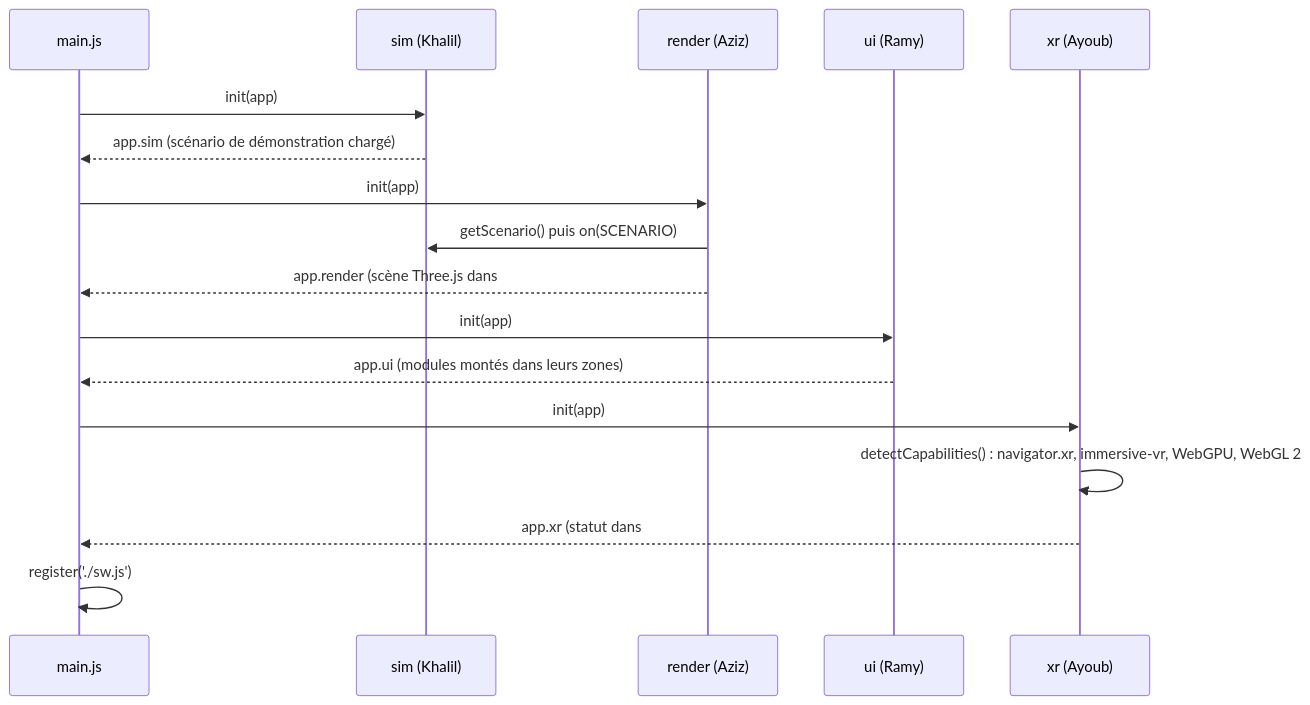
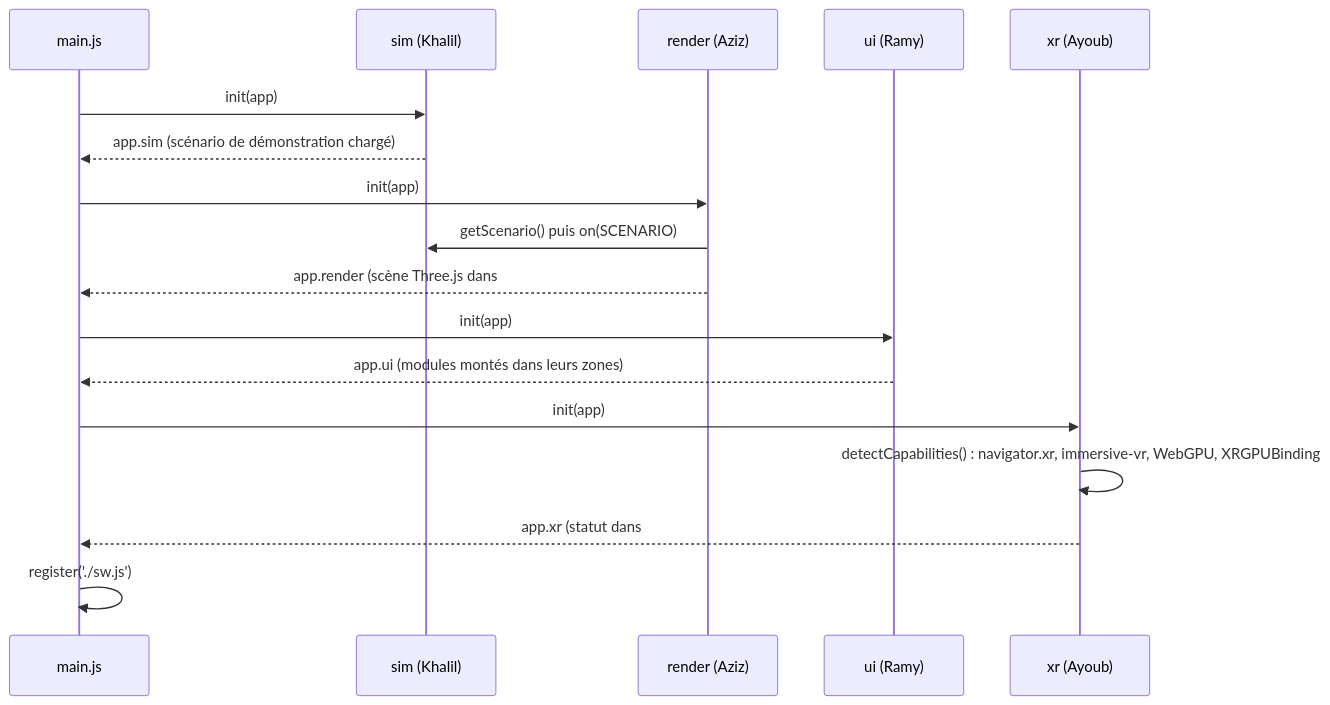
Before and after one commit to Bensabbehayoub/3D-network-topology: the second of 3 diagrams in docs/architecture.md, drawn with Mermaid. The commit also changed other lines of this file and 43 other files, not shown here.

First line of the commit message:
feat(render): Three.js r187, rendu 100 % WebGPU en mode classique et en VR (phase 2)

````diff
--- a/docs/architecture.md
+++ b/docs/architecture.md
@@ -50,19 +50,19 @@
 ```mermaid
 sequenceDiagram
     participant M as main.js
     participant S as sim (Khalil)
     participant R as render (Aziz)
     participant U as ui (Ramy)
     participant X as xr (Ayoub)
     M->>S: init(app)
     S-->>M: app.sim (scénario de démonstration chargé)
     M->>R: init(app)
     R->>S: getScenario() puis on(SCENARIO)
     R-->>M: app.render (scène Three.js dans #scene)
     M->>U: init(app)
     U-->>M: app.ui (modules montés dans leurs zones)
     M->>X: init(app)
-    X->>X: detectCapabilities() : navigator.xr, immersive-vr, WebGPU, WebGL 2
+    X->>X: detectCapabilities() : navigator.xr, immersive-vr, WebGPU, XRGPUBinding
     X-->>M: app.xr (statut dans #xr-slot, bouton Entrer en VR)
     M->>M: register('./sw.js')
 ```
````
